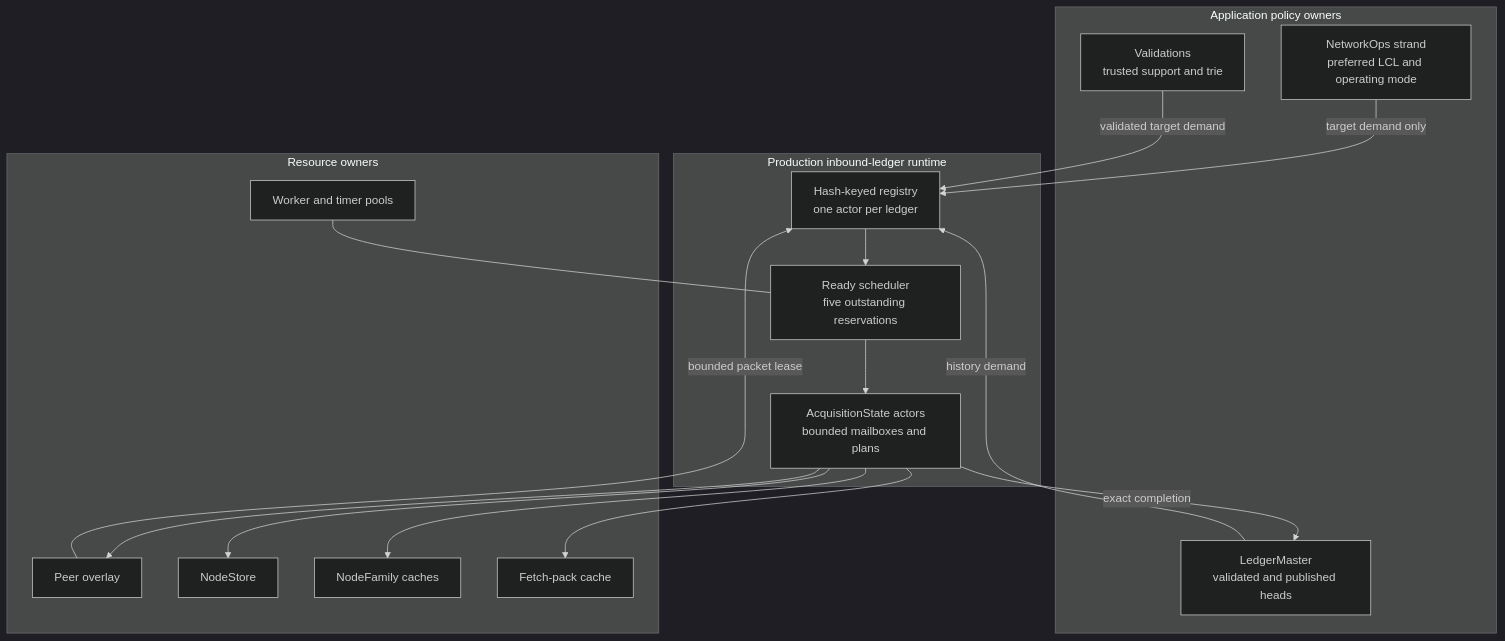
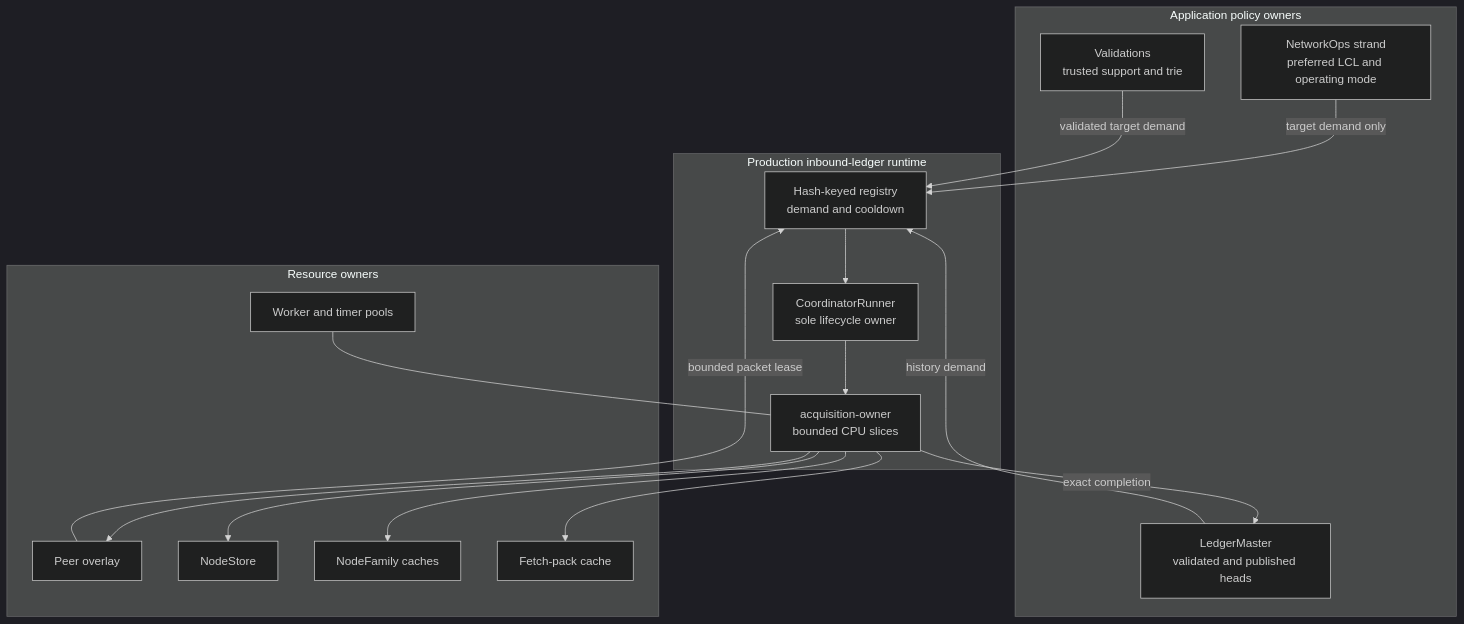
The first of 10 diagrams in docs/ACQUISITION.md (TusharPardhe/quaxar), drawn with Mermaid (dark theme) before and after one commit. The commit also changed other lines of this file and 13 other files, not shown here.

Commit message:
fix(acquisition): preserve coordinator progress off NetworkOps

````diff
--- a/docs/ACQUISITION.md
+++ b/docs/ACQUISITION.md
@@ -47,34 +48,34 @@
 ```mermaid
 flowchart TB
     subgraph Policy[Application policy owners]
         NO[NetworkOps strand<br/>preferred LCL and operating mode]
         LM[LedgerMaster<br/>validated and published heads]
         VA[Validations<br/>trusted support and trie]
     end
 
     subgraph Runtime[Production inbound-ledger runtime]
-        RG[Hash-keyed registry<br/>one actor per ledger]
-        RS[Ready scheduler<br/>five outstanding reservations]
-        A[AcquisitionState actors<br/>bounded mailboxes and plans]
-        RG --> RS --> A
+        RG[Hash-keyed registry<br/>demand and cooldown]
+        CO[CoordinatorRunner<br/>sole lifecycle owner]
+        EX[acquisition-owner<br/>bounded CPU slices]
+        RG --> CO --> EX
     end
 
     subgraph Resources[Resource owners]
         OV[Peer overlay]
         NS[NodeStore]
         NF[NodeFamily caches]
         FP[Fetch-pack cache]
         WK[Worker and timer pools]
     end
 
     NO -->|target demand only| RG
     LM -->|history demand| RG
     VA -->|validated target demand| RG
     OV -->|bounded packet lease| RG
-    A --> OV
-    A --> NS
-    A --> NF
-    A --> FP
-    A -->|exact completion| LM
-    WK --- RS
+    EX --> OV
+    EX --> NS
+    EX --> NF
+    EX --> FP
+    EX -->|exact completion| LM
+    WK --- EX
 ```
````
